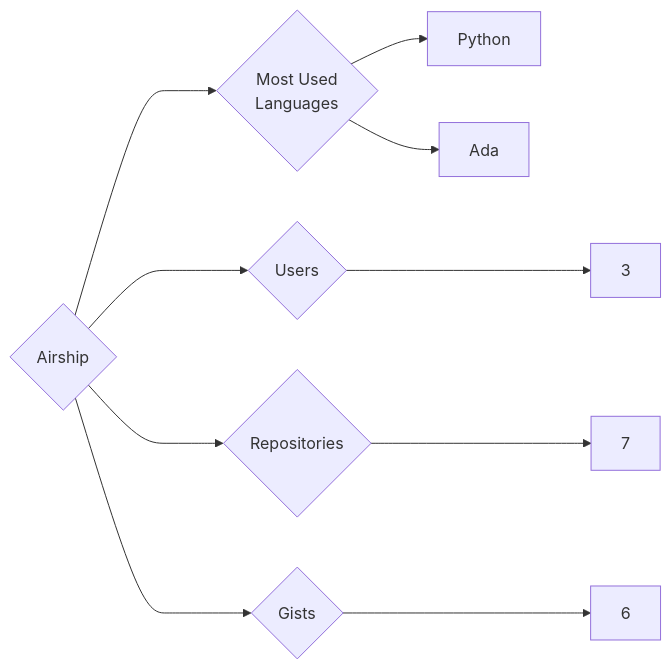
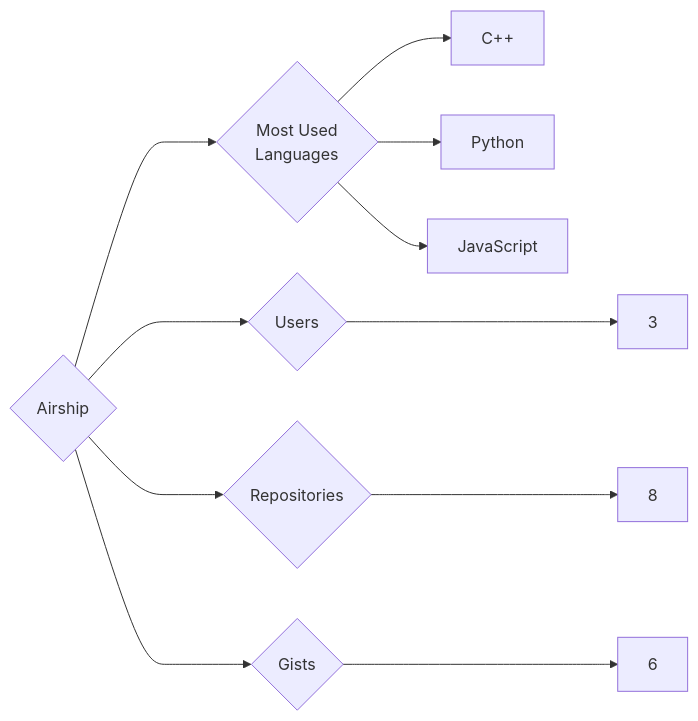
The diagram in targets/Airship/README.md (trickest/insiders), drawn with Mermaid before and after one commit. The commit also changed 997 other files, not shown here.

````diff
--- a/targets/Airship/README.md
+++ b/targets/Airship/README.md
@@ -3,10 +3,11 @@
 ```mermaid
 graph LR
 COMPANY_NAME{Airship}
 COMPANY_NAME ---> U{Users} ---> UN[3]
-COMPANY_NAME ---> R{Repositories} ---> RN[7]
+COMPANY_NAME ---> R{Repositories} ---> RN[8]
 COMPANY_NAME ---> G{Gists} ---> GN[6]
 COMPANY_NAME ---> ML{Most Used<br>Languages}
+ML --> C++[C++]
 ML --> Python[Python]
-ML --> Ada[Ada]
+ML --> JavaScript[JavaScript]
 ```
````
